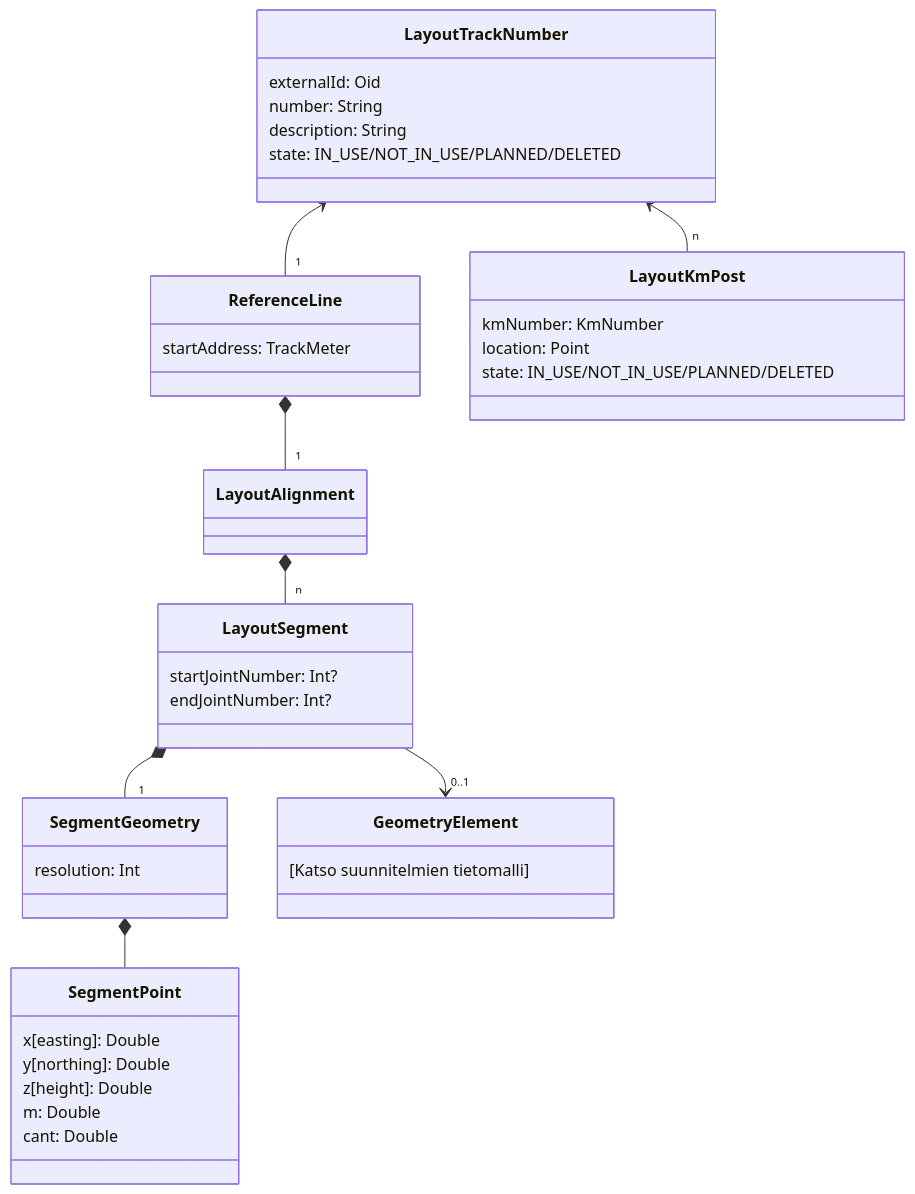
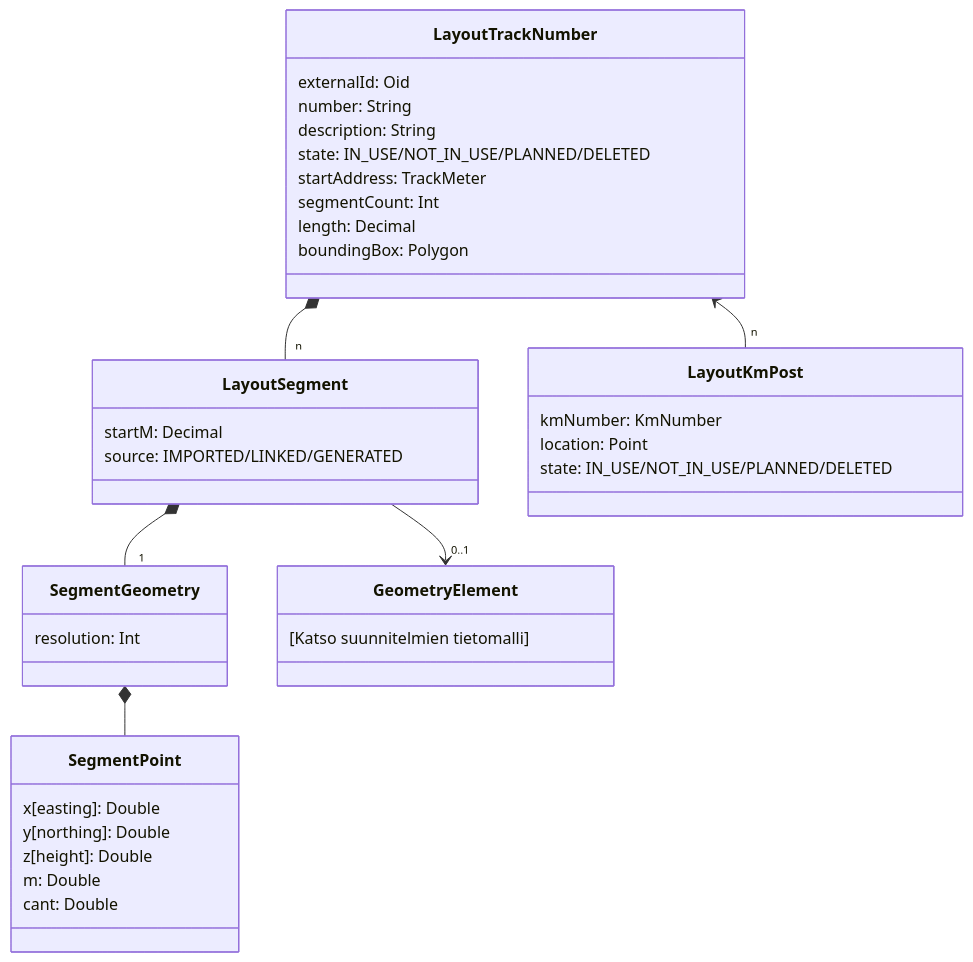
One commit to finnishtransportagency/geoviite changed the third of 5 diagrams in doc/tietomalli.md. Above: the diagram before and after it, drawn with Mermaid. The commit also changed other lines of this file, not shown here.

````diff
--- a/doc/tietomalli.md
+++ b/doc/tietomalli.md
@@ -311,44 +313,41 @@
 ```mermaid
 classDiagram
-    ReferenceLine *-- "1" LayoutAlignment
     LayoutSegment *-- "1" SegmentGeometry
     SegmentGeometry *-- SegmentPoint
-    LayoutTrackNumber <-- "1" ReferenceLine
+    LayoutTrackNumber *-- "n" LayoutSegment
     LayoutTrackNumber <-- "n" LayoutKmPost
-    LayoutAlignment *-- "n" LayoutSegment
     LayoutSegment --> "0..1" GeometryElement
 
     class LayoutTrackNumber {
         externalId: Oid
         number: String
         description: String
         state: IN_USE/NOT_IN_USE/PLANNED/DELETED
-    }
-    class ReferenceLine {
         startAddress: TrackMeter
+        segmentCount: Int
+        length: Decimal
+        boundingBox: Polygon
     }
     class LayoutKmPost {
         kmNumber: KmNumber
         location: Point
         state: IN_USE/NOT_IN_USE/PLANNED/DELETED
     }
-    class LayoutAlignment {
-    }
     class LayoutSegment {
-        startJointNumber: Int?
-        endJointNumber: Int?
+        startM: Decimal
+        source: IMPORTED/LINKED/GENERATED
     }
     class SegmentGeometry {
         resolution: Int
     }
     class SegmentPoint {
         x[easting]: Double
         y[northing]: Double
         z[height]: Double
         m: Double
         cant: Double
     }
     class GeometryElement {
         [Katso suunnitelmien tietomalli]
     }
 ```
````
